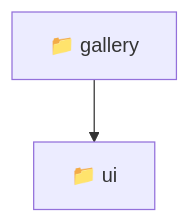
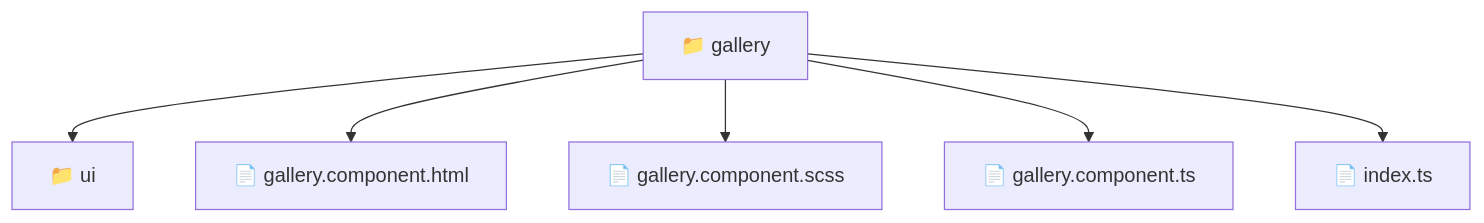
The diagram in frontend/src/pages/gallery/README.md (beginwebdev2002/fullstack-mavluda), drawn with Mermaid before and after one commit. The commit also changed other lines of this file and 165 other files, not shown here.

First line of the commit message:
docs: generate localized architectural READMEs

````diff
--- a/frontend/src/pages/gallery/README.md
+++ b/frontend/src/pages/gallery/README.md
@@ -10,5 +11,9 @@
 ```mermaid
 graph TD
-  Root["📁 gallery"]
-  Root --> ui["📁 ui"]
+  gallery["📁 gallery"]
+  gallery --> ui["📁 ui"]
+  gallery --> gallery_component_html["📄 gallery.component.html"]
+  gallery --> gallery_component_scss["📄 gallery.component.scss"]
+  gallery --> gallery_component_ts["📄 gallery.component.ts"]
+  gallery --> index_ts["📄 index.ts"]
 ```
````
